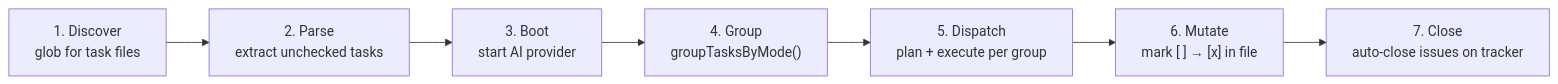
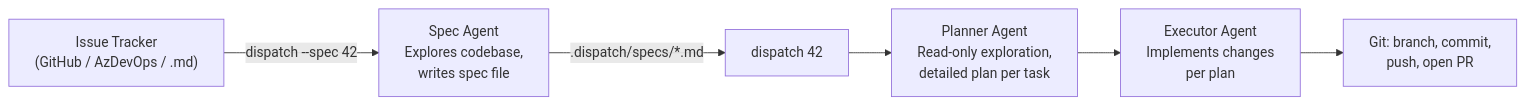
Before and after one commit to PatrickRuddiman/Dispatch: the second of 5 diagrams in docs/architecture.md, drawn with Mermaid. The commit also changed other lines of this file and 53 other files, not shown here.

````diff
--- a/docs/architecture.md
+++ b/docs/architecture.md
@@ -168,9 +101,8 @@
 ```mermaid
 flowchart LR
-    A["1. Discover<br/>glob for task files"] --> B["2. Parse<br/>extract unchecked tasks"]
-    B --> C["3. Boot<br/>start AI provider"]
-    C --> D["4. Group<br/>groupTasksByMode()"]
-    D --> E["5. Dispatch<br/>plan + execute per group"]
-    E --> F["6. Mutate<br/>mark [ ] → [x] in file"]
-    F --> G["7. Close<br/>auto-close issues on tracker"]
+    A["Issue Tracker<br/>(GitHub / AzDevOps / .md)"] -->|"dispatch --spec 42"| B["Spec Agent<br/>Explores codebase,<br/>writes spec file"]
+    B -->|".dispatch/specs/*.md"| C["dispatch 42"]
+    C --> D["Planner Agent<br/>Read-only exploration,<br/>detailed plan per task"]
+    D --> E["Executor Agent<br/>Implements changes<br/>per plan"]
+    E --> F["Git: branch, commit,<br/>push, open PR"]
 ```
````
